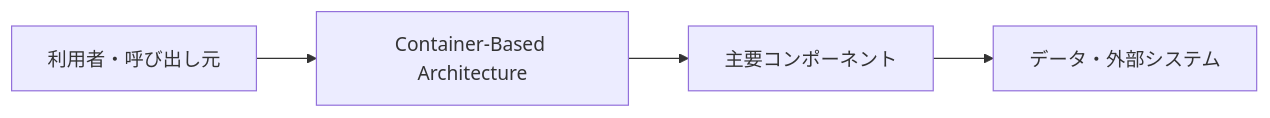
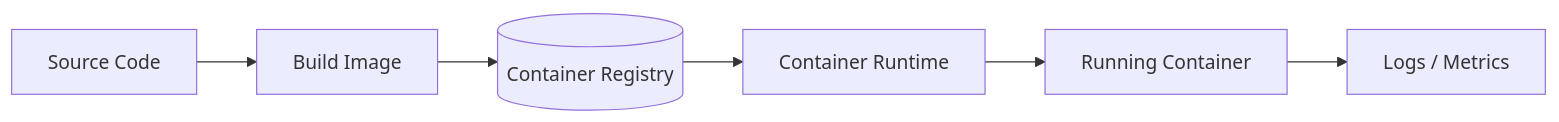
The diagram in docs/インフラ・運用系/コンテナベースアーキテクチャ.md (t-shirayama/architecture-notes), drawn with Mermaid before and after one commit. The commit also changed other lines of this file and 32 other files, not shown here.

Commit message:
docs: refine remaining architecture notes

````diff
--- a/docs/インフラ・運用系/コンテナベースアーキテクチャ.md
+++ b/docs/インフラ・運用系/コンテナベースアーキテクチャ.md
@@ -24,6 +28,8 @@
 ```mermaid
 flowchart LR
-    A[利用者・呼び出し元] --> B[Container-Based Architecture]
-    B --> C[主要コンポーネント]
-    C --> D[データ・外部システム]
+    Code[Source Code] --> Build[Build Image]
+    Build --> Registry[(Container Registry)]
+    Registry --> Runtime[Container Runtime]
+    Runtime --> App[Running Container]
+    App --> Logs[Logs / Metrics]
 ```
````
